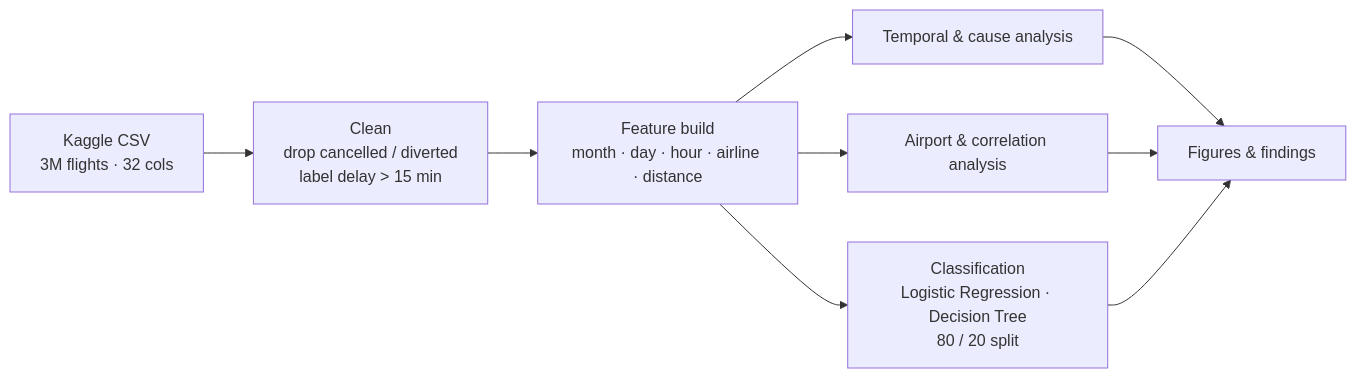
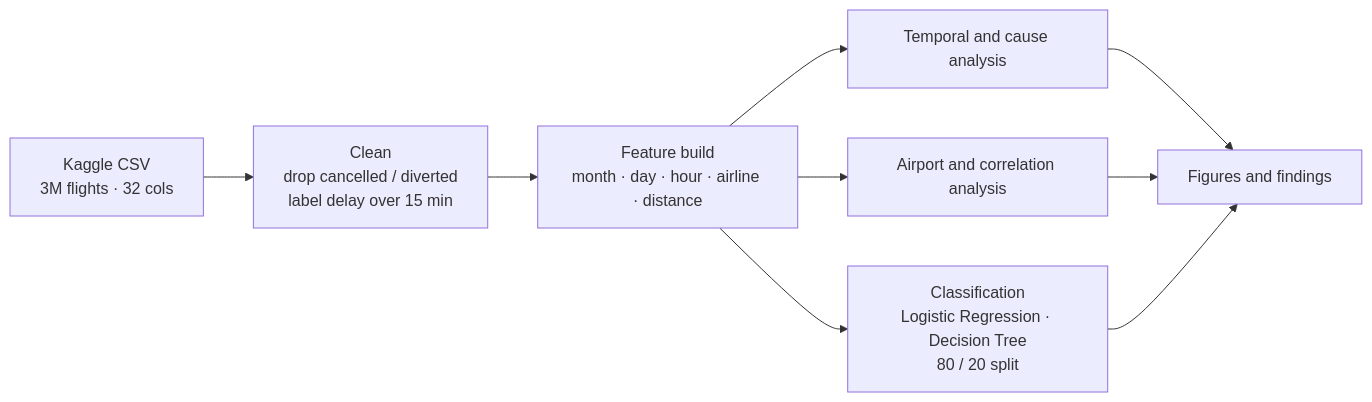
Before and after one commit to kandulanikhilvarma/flight-delay-analysis: the diagram in README.md, drawn with Mermaid.

Commit message:
Fix Architecture Mermaid diagram rendering on GitHub (#9)
Replace `&` (and `&gt;`) inside node labels with plain words. GitHub's
pinned Mermaid version mis-parses `&` inside quoted labels, which broke
rendering ("Cannot read properties of undefined").

````diff
--- a/README.md
+++ b/README.md
@@ -45,11 +45,11 @@
 ```mermaid
 flowchart LR
-    A["Kaggle CSV<br/>3M flights · 32 cols"] --> B["Clean<br/>drop cancelled / diverted<br/>label delay &gt; 15 min"]
+    A["Kaggle CSV<br/>3M flights · 32 cols"] --> B["Clean<br/>drop cancelled / diverted<br/>label delay over 15 min"]
     B --> C["Feature build<br/>month · day · hour · airline · distance"]
-    C --> D["Temporal & cause analysis"]
-    C --> E["Airport & correlation analysis"]
+    C --> D["Temporal and cause analysis"]
+    C --> E["Airport and correlation analysis"]
     C --> F["Classification<br/>Logistic Regression · Decision Tree<br/>80 / 20 split"]
-    D --> G["Figures & findings"]
+    D --> G["Figures and findings"]
     E --> G
     F --> G
 ```
````
